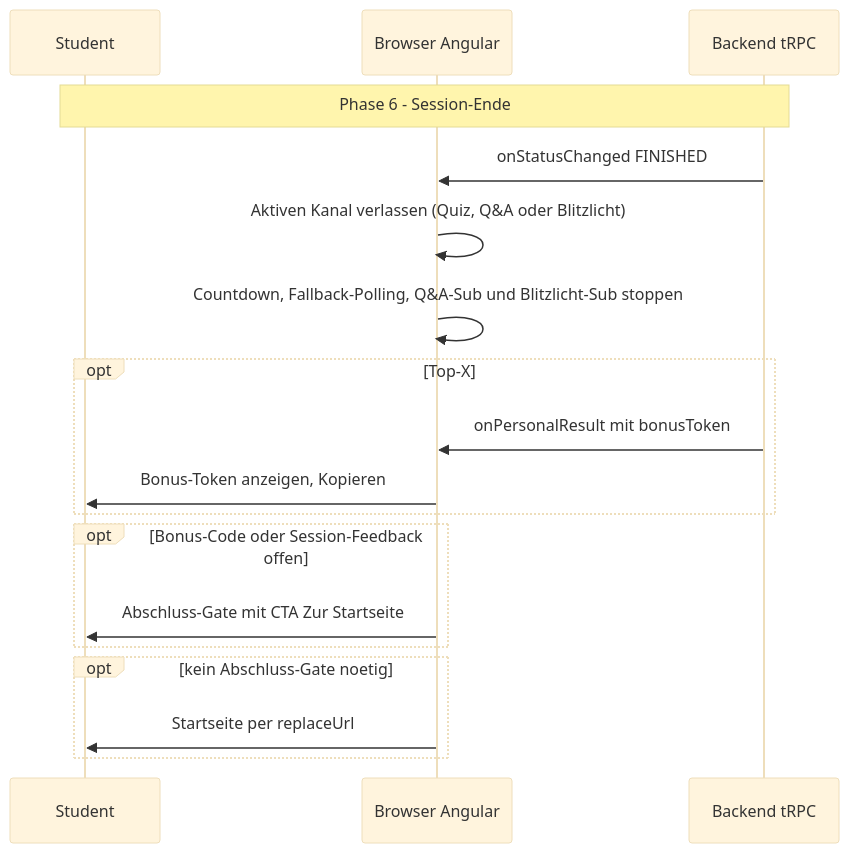
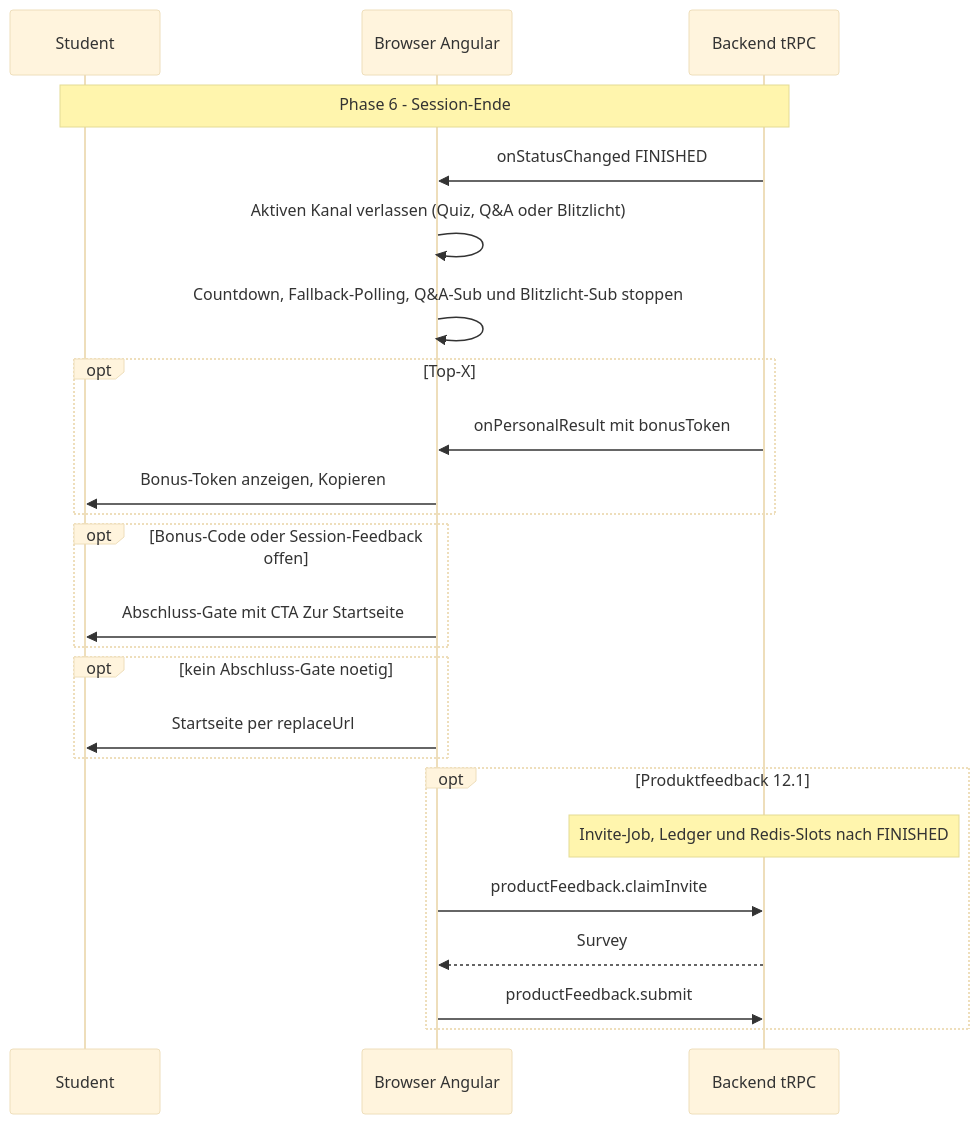
Before and after one commit to kqc-real/arsnova.eu: diagram 15 of 21 in docs/diagrams/diagrams.md, drawn with Mermaid (base theme). The commit also changed other lines of this file and 18 other files, not shown here.

````diff
--- a/docs/diagrams/diagrams.md
+++ b/docs/diagrams/diagrams.md
@@ -800,21 +867,27 @@
 ```mermaid
 sequenceDiagram
     participant S as Student
     participant FE as Browser Angular
     participant BE as Backend tRPC
 
     Note over S,BE: Phase 6 - Session-Ende
     BE->>FE: onStatusChanged FINISHED
     FE->>FE: Aktiven Kanal verlassen (Quiz, Q&A oder Blitzlicht)
     FE->>FE: Countdown, Fallback-Polling, Q&A-Sub und Blitzlicht-Sub stoppen
     opt Top-X
         BE->>FE: onPersonalResult mit bonusToken
         FE->>S: Bonus-Token anzeigen, Kopieren
     end
     opt Bonus-Code oder Session-Feedback offen
         FE->>S: Abschluss-Gate mit CTA Zur Startseite
     end
     opt kein Abschluss-Gate noetig
         FE->>S: Startseite per replaceUrl
     end
+    opt Produktfeedback 12.1
+        Note over BE: Invite-Job, Ledger und Redis-Slots nach FINISHED
+        FE->>BE: productFeedback.claimInvite
+        BE-->>FE: Survey
+        FE->>BE: productFeedback.submit
+    end
 ```
````
